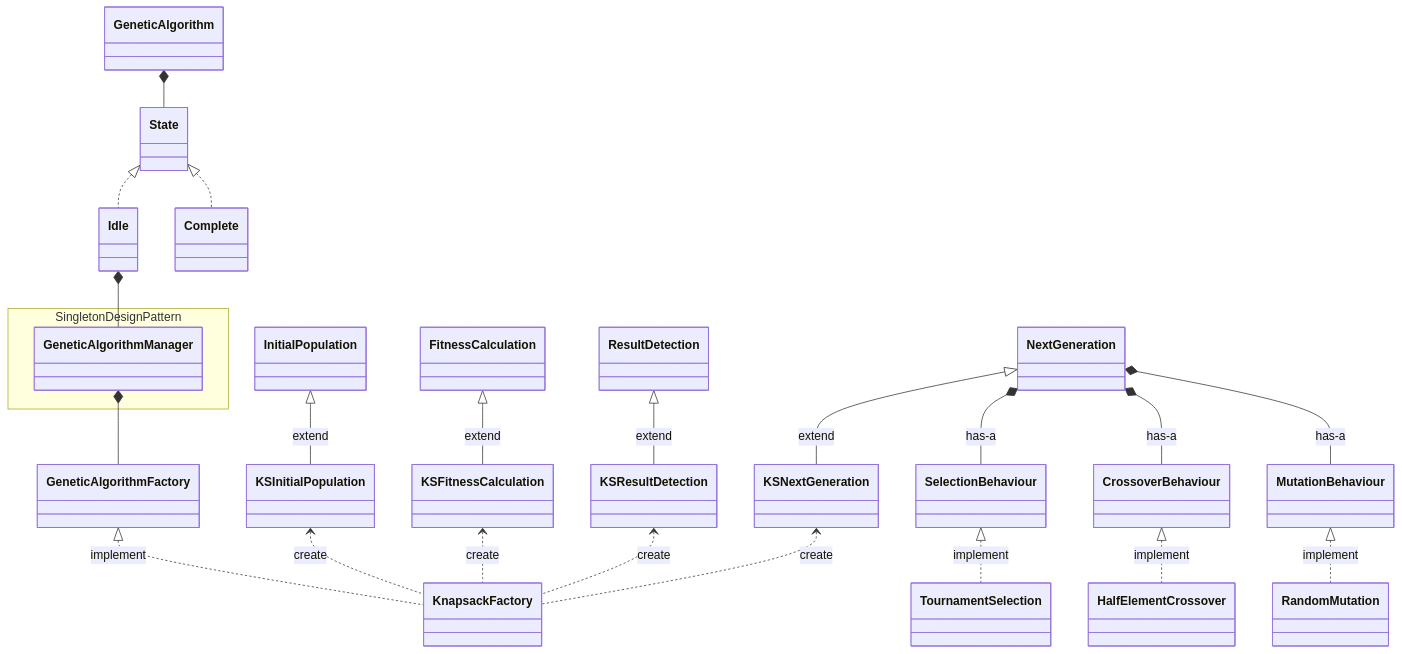
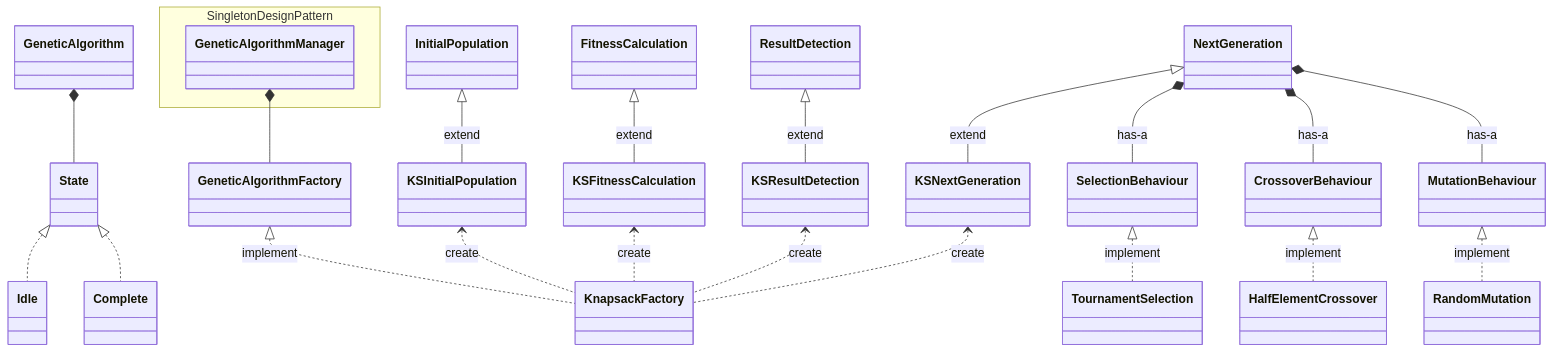
The diagram in systemDesign/classDiagram.md (atagunay/knapsack), drawn with Mermaid before and after one commit.

Commit message:
[improvement] Fix mermaid class diagram

````diff
--- a/systemDesign/classDiagram.md
+++ b/systemDesign/classDiagram.md
@@ -5,28 +5,28 @@
 ```mermaid
 classDiagram
     State <|.. Idle
     State <|.. Complete
     GeneticAlgorithm *-- State
-    Idle *-- GeneticAlgorithmManager
+    
     GeneticAlgorithmFactory <|.. KnapsackFactory: implement
     InitialPopulation <|-- KSInitialPopulation: extend
     FitnessCalculation <|-- KSFitnessCalculation: extend
     NextGeneration <|-- KSNextGeneration: extend
     ResultDetection <|-- KSResultDetection: extend
     KSInitialPopulation <.. KnapsackFactory: create
     KSFitnessCalculation <.. KnapsackFactory: create
     KSResultDetection <.. KnapsackFactory: create
     KSNextGeneration <.. KnapsackFactory: create
     GeneticAlgorithmManager *-- GeneticAlgorithmFactory
     NextGeneration *-- SelectionBehaviour: has-a
     NextGeneration *-- CrossoverBehaviour: has-a
     NextGeneration *-- MutationBehaviour: has-a
     MutationBehaviour <|.. RandomMutation: implement
     CrossoverBehaviour <|.. HalfElementCrossover: implement
     SelectionBehaviour <|.. TournamentSelection: implement
 
     
-    namespace Singleton Design Pattern {
-        class GeneticAlgorithmManager
-    }
+namespace Singleton Design Pattern {
+    class GeneticAlgorithmManager
+}
 ```
````
